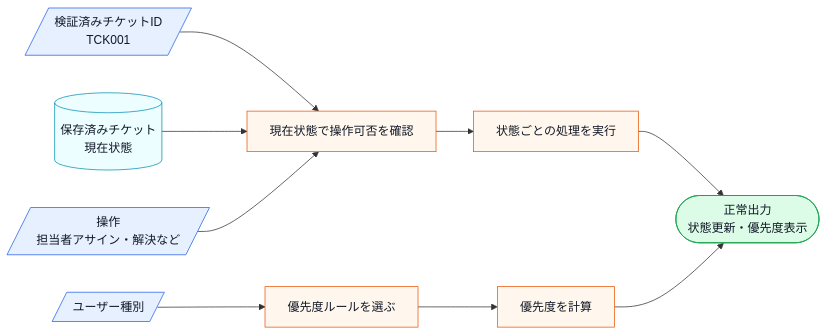
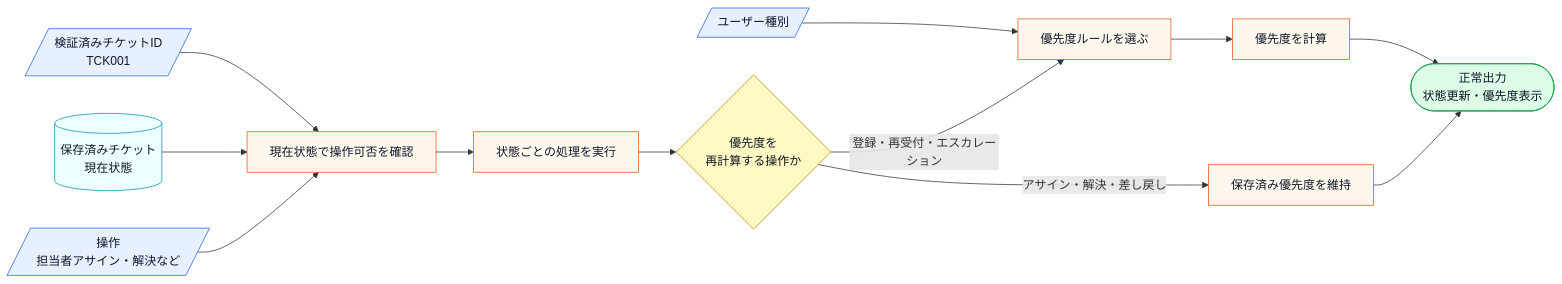
The second of 15 diagrams in kindle/design-patterns/output/chapter09_2.md (kumachan1101-pixel/DesignPattern), drawn with Mermaid before and after one commit. The commit also changed other lines of this file and 14 other files, not shown here.

Commit message:
全章の仕様図と変更対象外基盤を整合

````diff
--- a/kindle/design-patterns/output/chapter09_2.md
+++ b/kindle/design-patterns/output/chapter09_2.md
@@ -65,17 +67,21 @@
 ```mermaid
 flowchart LR
     A[/検証済みチケットID<br>TCK001/]:::input --> D[現在状態で操作可否を確認]:::process
     C[(保存済みチケット<br>現在状態)]:::data --> D
     E[/ユーザー種別/]:::input --> F[優先度ルールを選ぶ]:::process
     G[/操作<br>担当者アサイン・解決など/]:::input --> D
     D --> H[状態ごとの処理を実行]:::process
+    H --> K{優先度を<br>再計算する操作か}:::decision
+    K -->|登録・再受付・エスカレーション| F
     F --> I[優先度を計算]:::process
-    H --> J([正常出力<br>状態更新・優先度表示]):::normal
+    K -->|アサイン・解決・差し戻し| L[保存済み優先度を維持]:::process
     I --> J
+    L --> J
+    J([正常出力<br>状態更新・優先度表示]):::normal
 
     classDef data fill:#ecfeff,stroke:#0891b2,color:#111827;
     classDef input fill:#e7f0ff,stroke:#2563eb,color:#111827;
     classDef process fill:#fff7ed,stroke:#ea580c,color:#111827;
     classDef decision fill:#fef9c3,stroke:#ca8a04,color:#111827;
     classDef normal fill:#dcfce7,stroke:#16a34a,color:#111827;
 ```
````
